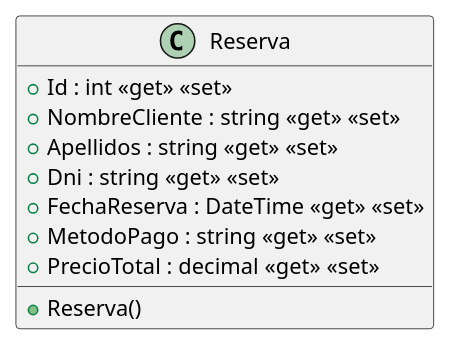
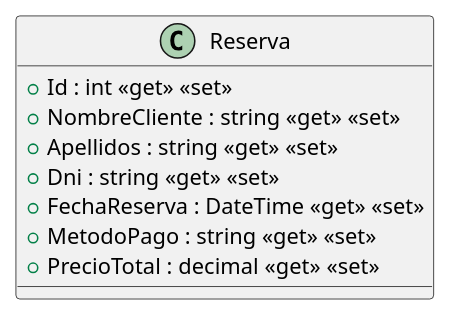
Before and after one commit to ISII2627LosIngenieros/ISII2627LosIngenieros: the diagram in src/AppForSEII.API/ClassDiagram/Reserva.puml, drawn with PlantUML. The commit also changed 14 other files, not shown here.

Commit message:
Se actualizó el diagrama de clases asociado

```diff
--- a/src/AppForSEII.API/ClassDiagram/Reserva.puml
+++ b/src/AppForSEII.API/ClassDiagram/Reserva.puml
@@ -1,12 +1,11 @@
 @startuml
 class Reserva {
-    + Reserva()
     + Id : int <<get>> <<set>>
     + NombreCliente : string <<get>> <<set>>
     + Apellidos : string <<get>> <<set>>
     + Dni : string <<get>> <<set>>
     + FechaReserva : DateTime <<get>> <<set>>
     + MetodoPago : string <<get>> <<set>>
     + PrecioTotal : decimal <<get>> <<set>>
 }
 @enduml
```
